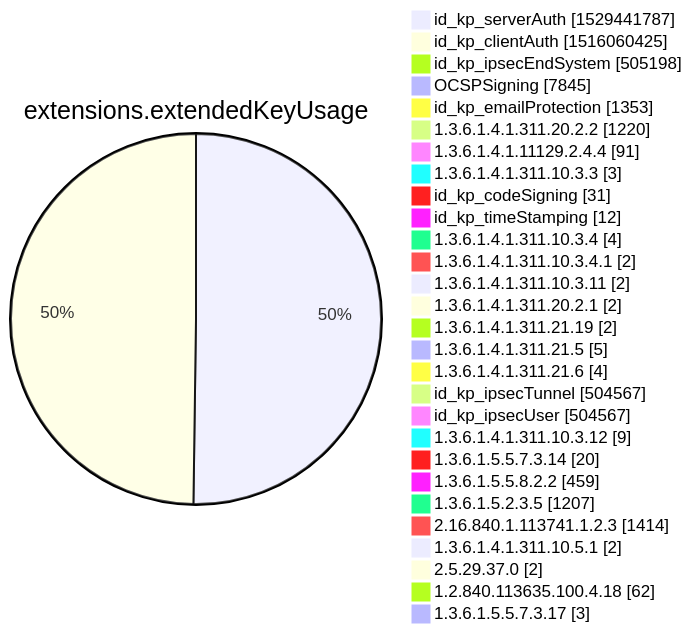
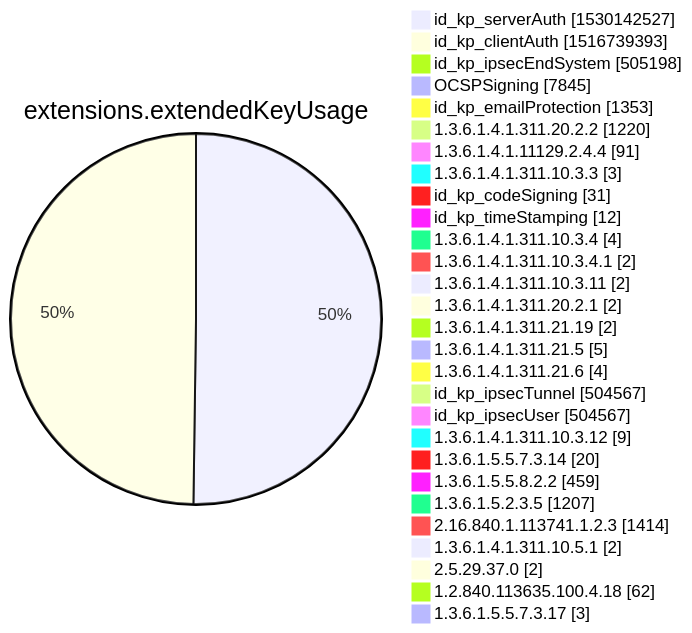
Before and after one commit to christiankrug/ctmonitor_visualization: diagram 12 of 15 in xenon2022/README.md, drawn with Mermaid. The commit also changed other lines of this file, not shown here.

````diff
--- a/xenon2022/README.md
+++ b/xenon2022/README.md
@@ -3878,32 +3878,32 @@
 ```mermaid
 pie showData
 title extensions.extendedKeyUsage
-"id_kp_serverAuth" :1529441787
-"id_kp_clientAuth" :1516060425
+"id_kp_serverAuth" :1530142527
+"id_kp_clientAuth" :1516739393
 "id_kp_ipsecEndSystem" :505198
 "OCSPSigning" :7845
 "id_kp_emailProtection" :1353
 "1.3.6.1.4.1.311.20.2.2" :1220
 "1.3.6.1.4.1.11129.2.4.4" :91
 "1.3.6.1.4.1.311.10.3.3" :3
 "id_kp_codeSigning" :31
 "id_kp_timeStamping" :12
 "1.3.6.1.4.1.311.10.3.4" :4
 "1.3.6.1.4.1.311.10.3.4.1" :2
 "1.3.6.1.4.1.311.10.3.11" :2
 "1.3.6.1.4.1.311.20.2.1" :2
 "1.3.6.1.4.1.311.21.19" :2
 "1.3.6.1.4.1.311.21.5" :5
 "1.3.6.1.4.1.311.21.6" :4
 "id_kp_ipsecTunnel" :504567
 "id_kp_ipsecUser" :504567
 "1.3.6.1.4.1.311.10.3.12" :9
 "1.3.6.1.5.5.7.3.14" :20
 "1.3.6.1.5.5.8.2.2" :459
 "1.3.6.1.5.2.3.5" :1207
 "2.16.840.1.113741.1.2.3" :1414
 "1.3.6.1.4.1.311.10.5.1" :2
 "2.5.29.37.0" :2
 "1.2.840.113635.100.4.18" :62
 "1.3.6.1.5.5.7.3.17" :3
 ```
````
